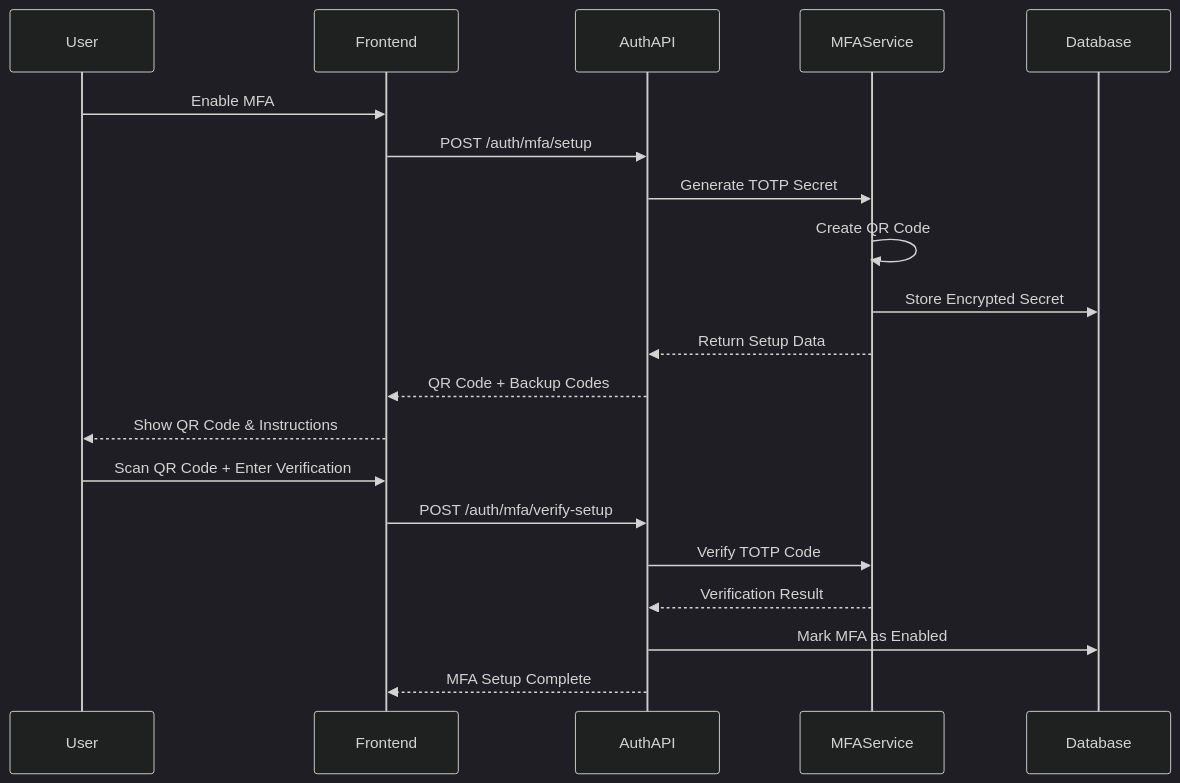
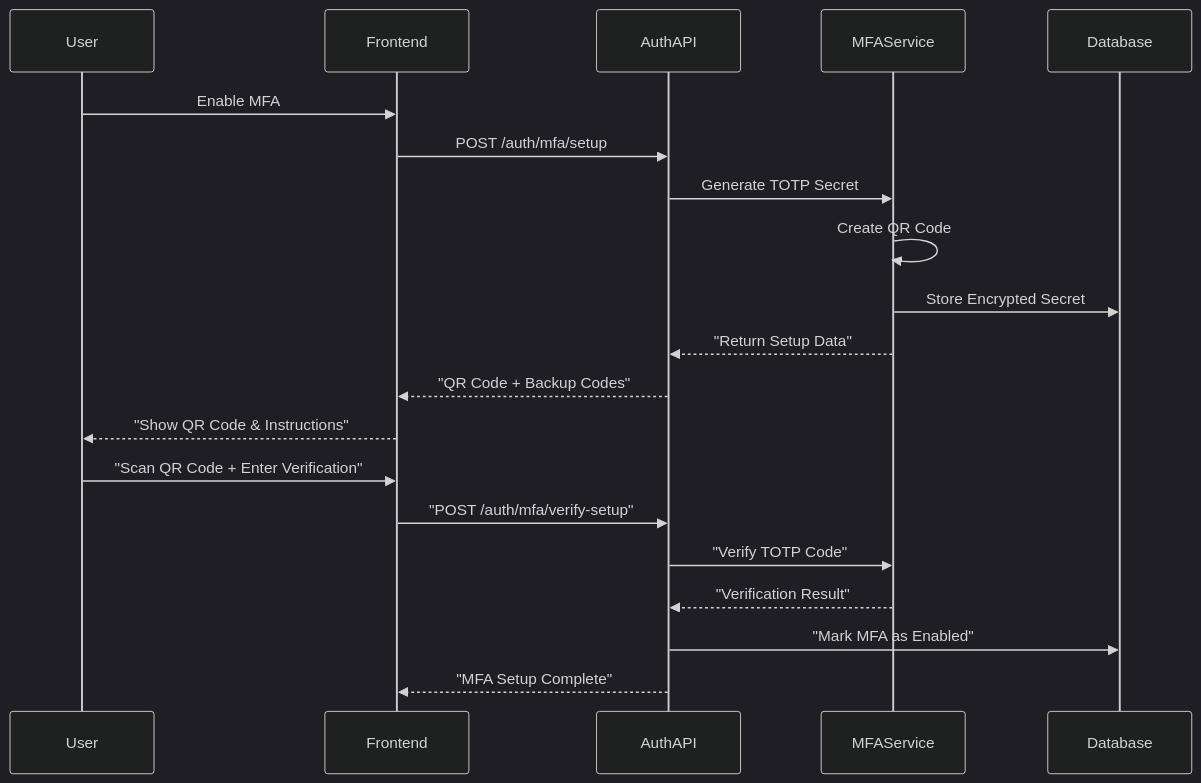
Before and after one commit to felixep/harborlist-marketplace: the diagram in docs/security/authentication.md, drawn with Mermaid (dark theme). The commit also changed 8 other files, not shown here.

First line of the commit message:
🔧 Fix Mermaid diagram rendering issues while preserving layouts

````diff
--- a/docs/security/authentication.md
+++ b/docs/security/authentication.md
@@ -78,24 +78,24 @@
 ```mermaid
 sequenceDiagram
     participant User
     participant Frontend
     participant AuthAPI
     participant MFAService
     participant Database
     
     User->>Frontend: Enable MFA
     Frontend->>AuthAPI: POST /auth/mfa/setup
     AuthAPI->>MFAService: Generate TOTP Secret
     MFAService->>MFAService: Create QR Code
     MFAService->>Database: Store Encrypted Secret
-    MFAService-->>AuthAPI: Return Setup Data
-    AuthAPI-->>Frontend: QR Code + Backup Codes
-    Frontend-->>User: Show QR Code & Instructions
+    MFAService-->>AuthAPI: "Return Setup Data"
+    AuthAPI-->>Frontend: "QR Code + Backup Codes"
+    Frontend-->>User: "Show QR Code & Instructions"
     
-    User->>Frontend: Scan QR Code + Enter Verification
-    Frontend->>AuthAPI: POST /auth/mfa/verify-setup
-    AuthAPI->>MFAService: Verify TOTP Code
-    MFAService-->>AuthAPI: Verification Result
-    AuthAPI->>Database: Mark MFA as Enabled
-    AuthAPI-->>Frontend: MFA Setup Complete
+    User->>Frontend: "Scan QR Code + Enter Verification"
+    Frontend->>AuthAPI: "POST /auth/mfa/verify-setup"
+    AuthAPI->>MFAService: "Verify TOTP Code"
+    MFAService-->>AuthAPI: "Verification Result"
+    AuthAPI->>Database: "Mark MFA as Enabled"
+    AuthAPI-->>Frontend: "MFA Setup Complete"
 ```
````
